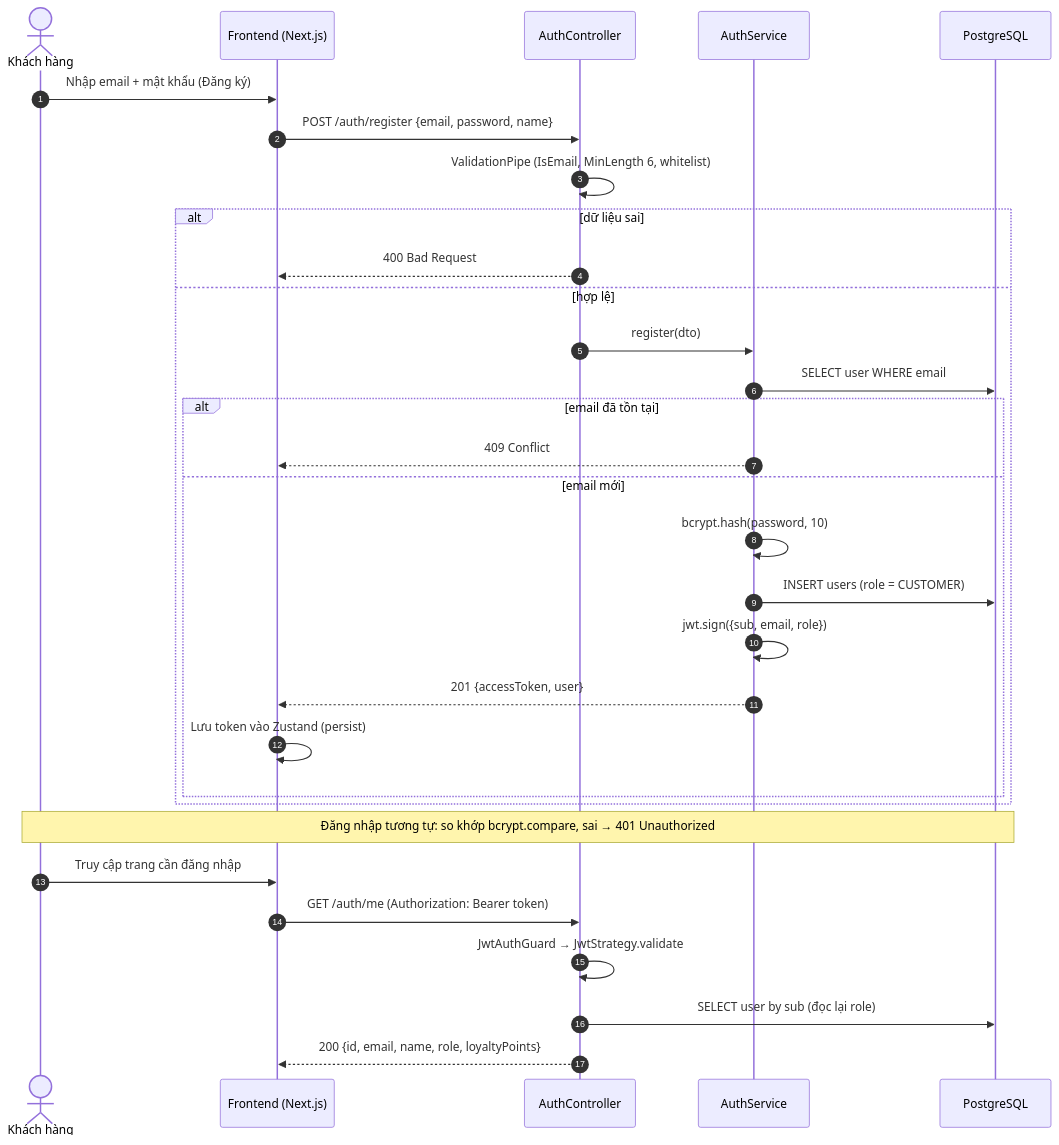
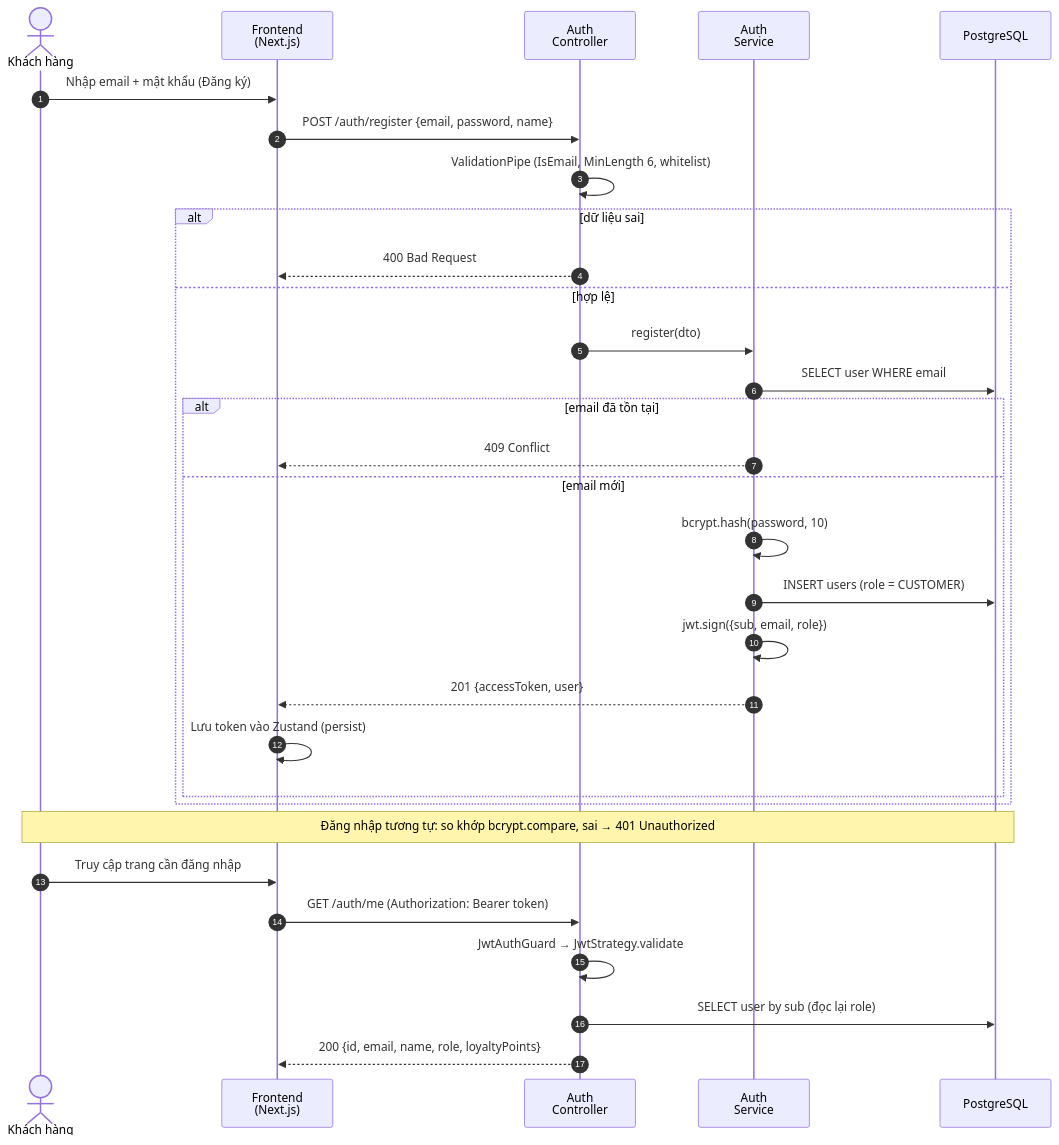
Before and after one commit to kaiqwwp/brewlite: the diagram in report/diagrams/seq-auth.mmd, drawn with Mermaid. The commit also changed 45 other files, not shown here.

First line of the commit message:
Docs: diagrams portrait, fill report info, centered cover

```diff
--- a/report/diagrams/seq-auth.mmd
+++ b/report/diagrams/seq-auth.mmd
@@ -1,31 +1,31 @@
 sequenceDiagram
   autonumber
   actor KH as Khách hàng
-  participant FE as Frontend (Next.js)
-  participant AC as AuthController
-  participant AS as AuthService
+  participant FE as Frontend<br/>(Next.js)
+  participant AC as Auth<br/>Controller
+  participant AS as Auth<br/>Service
   participant DB as PostgreSQL
   KH->>FE: Nhập email + mật khẩu (Đăng ký)
   FE->>AC: POST /auth/register {email, password, name}
   AC->>AC: ValidationPipe (IsEmail, MinLength 6, whitelist)
   alt dữ liệu sai
     AC-->>FE: 400 Bad Request
   else hợp lệ
     AC->>AS: register(dto)
     AS->>DB: SELECT user WHERE email
     alt email đã tồn tại
       AS-->>FE: 409 Conflict
     else email mới
       AS->>AS: bcrypt.hash(password, 10)
       AS->>DB: INSERT users (role = CUSTOMER)
       AS->>AS: jwt.sign({sub, email, role})
       AS-->>FE: 201 {accessToken, user}
       FE->>FE: Lưu token vào Zustand (persist)
     end
   end
   Note over KH,DB: Đăng nhập tương tự: so khớp bcrypt.compare, sai → 401 Unauthorized
   KH->>FE: Truy cập trang cần đăng nhập
   FE->>AC: GET /auth/me (Authorization: Bearer token)
   AC->>AC: JwtAuthGuard → JwtStrategy.validate
   AC->>DB: SELECT user by sub (đọc lại role)
   AC-->>FE: 200 {id, email, name, role, loyaltyPoints}
```
